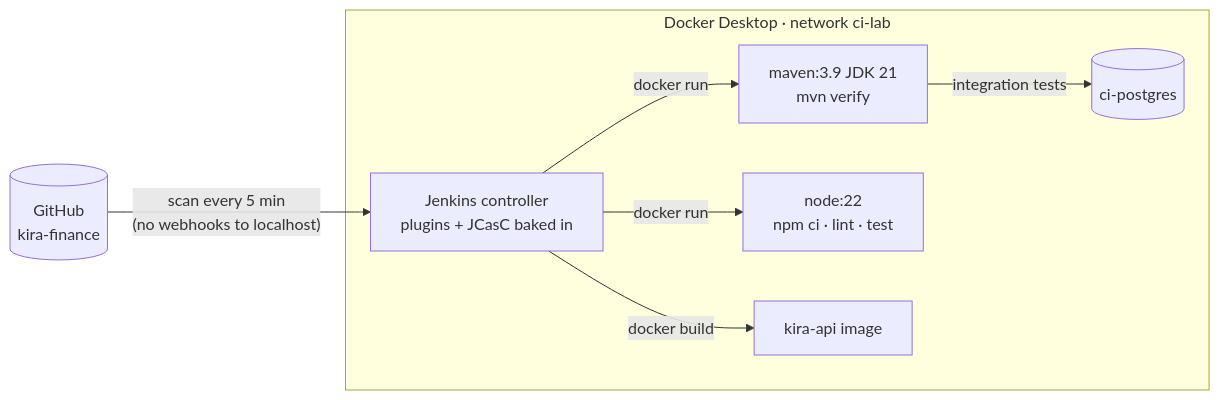
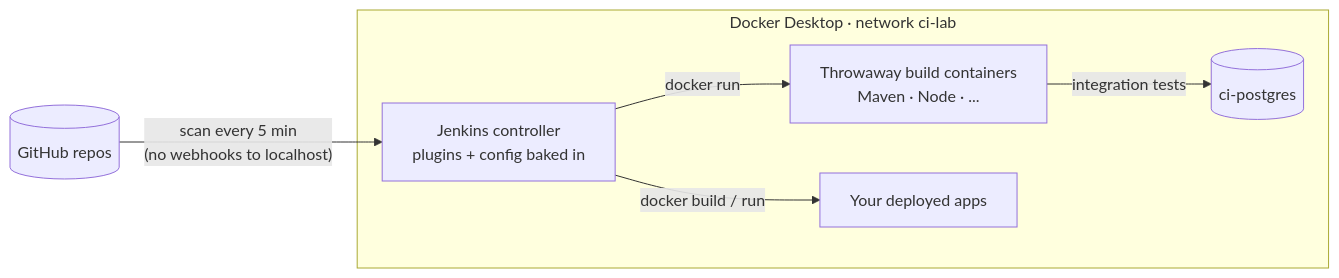
One commit to amirizalrahmat0799/jenkins-ci-lab changed the diagram in README.md. Above: the diagram before and after it, drawn with Mermaid. The commit also changed other lines of this file and 8 other files, not shown here.

````diff
--- a/README.md
+++ b/README.md
@@ -13,12 +12,11 @@
 ```mermaid
 flowchart LR
-    gh[(GitHub<br/>kira-finance)] -->|"scan every 5 min<br/>(no webhooks to localhost)"| jenkins
+    gh[(GitHub repos)] -->|"scan every 5 min<br/>(no webhooks to localhost)"| jenkins
 
     subgraph host [Docker Desktop · network ci-lab]
-        jenkins[Jenkins controller<br/>plugins + JCasC baked in]
-        jenkins -->|docker run| maven[maven:3.9 JDK 21<br/>mvn verify]
-        jenkins -->|docker run| node[node:22<br/>npm ci · lint · test]
-        jenkins -->|docker build| image[kira-api image]
-        maven -->|integration tests| pg[(ci-postgres)]
+        jenkins[Jenkins controller<br/>plugins + config baked in]
+        jenkins -->|docker run| build[Throwaway build containers<br/>Maven · Node · ...]
+        jenkins -->|docker build / run| app[Your deployed apps]
+        build -->|integration tests| pg[(ci-postgres)]
     end
 ```
````
